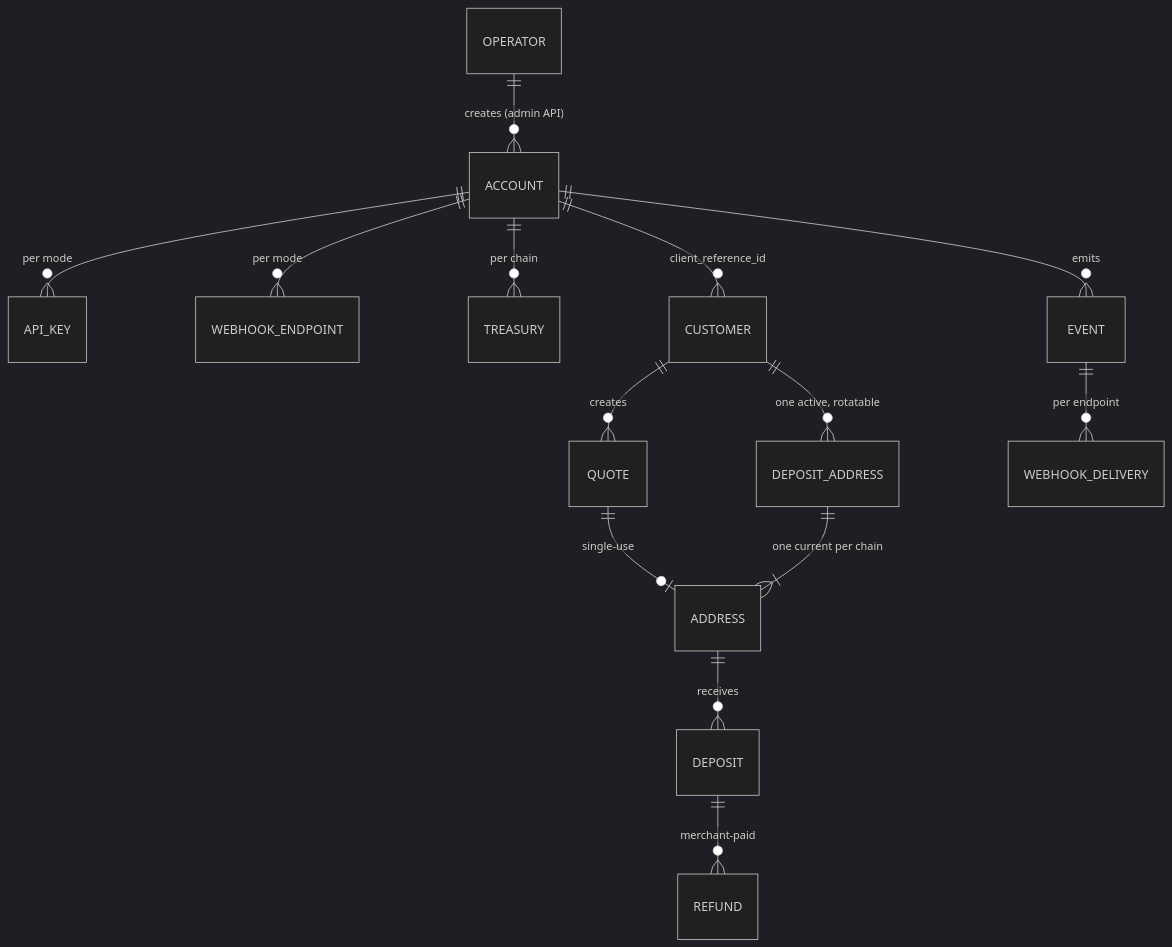
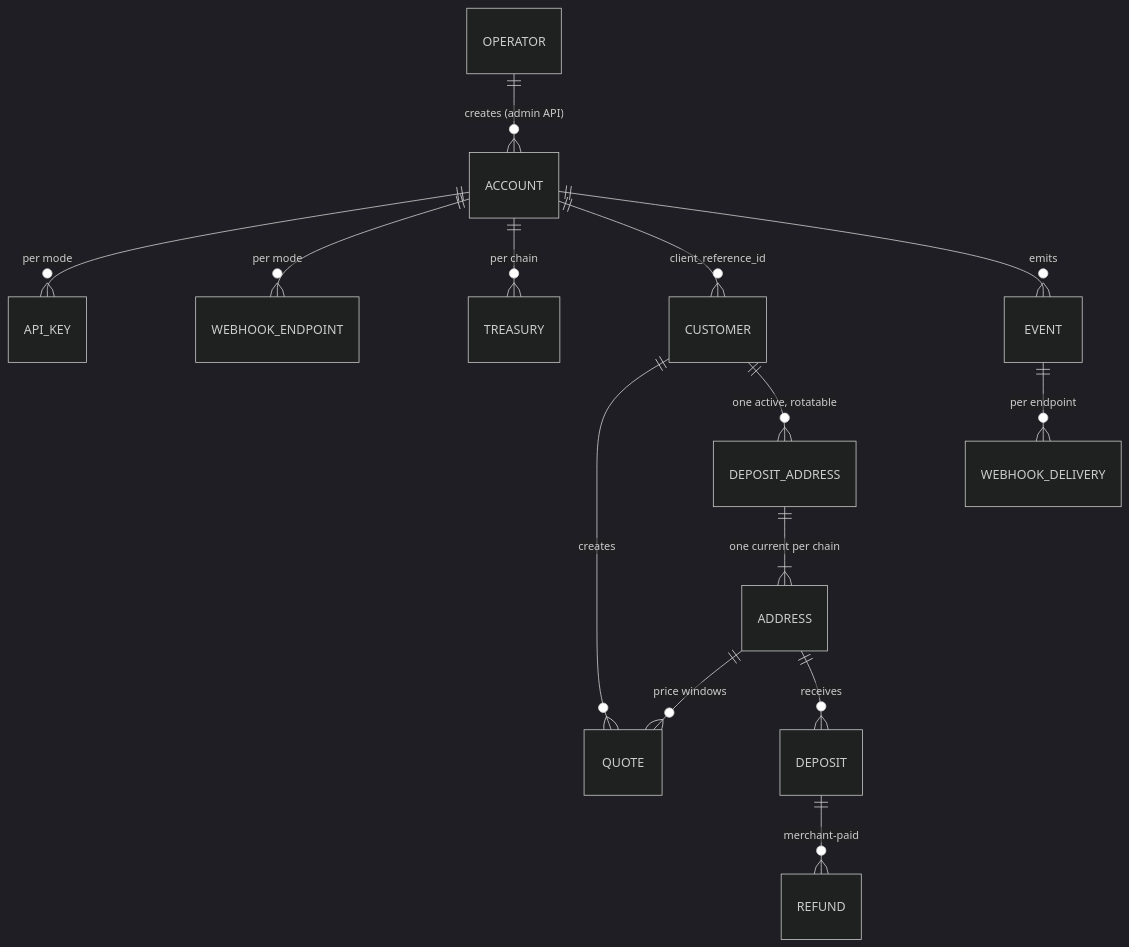
The second of 3 diagrams in docs/design/multi-tenant.md (Phala-Network/phala-pay), drawn with Mermaid (dark theme) before and after one commit. The commit also changed other lines of this file and 106 other files, not shown here.

````diff
--- a/docs/design/multi-tenant.md
+++ b/docs/design/multi-tenant.md
@@ -562,16 +569,16 @@
 ```mermaid
 erDiagram
     OPERATOR ||--o{ ACCOUNT : "creates (admin API)"
     ACCOUNT ||--o{ API_KEY : "per mode"
     ACCOUNT ||--o{ WEBHOOK_ENDPOINT : "per mode"
     ACCOUNT ||--o{ TREASURY : "per chain"
     ACCOUNT ||--o{ CUSTOMER : "client_reference_id"
     CUSTOMER ||--o{ QUOTE : creates
     CUSTOMER ||--o{ DEPOSIT_ADDRESS : "one active, rotatable"
-    QUOTE ||--o| ADDRESS : "single-use"
+    ADDRESS ||--o{ QUOTE : "price windows"
     DEPOSIT_ADDRESS ||--|{ ADDRESS : "one current per chain"
     ADDRESS ||--o{ DEPOSIT : receives
     DEPOSIT ||--o{ REFUND : "merchant-paid"
     ACCOUNT ||--o{ EVENT : emits
     EVENT ||--o{ WEBHOOK_DELIVERY : "per endpoint"
 ```
````
